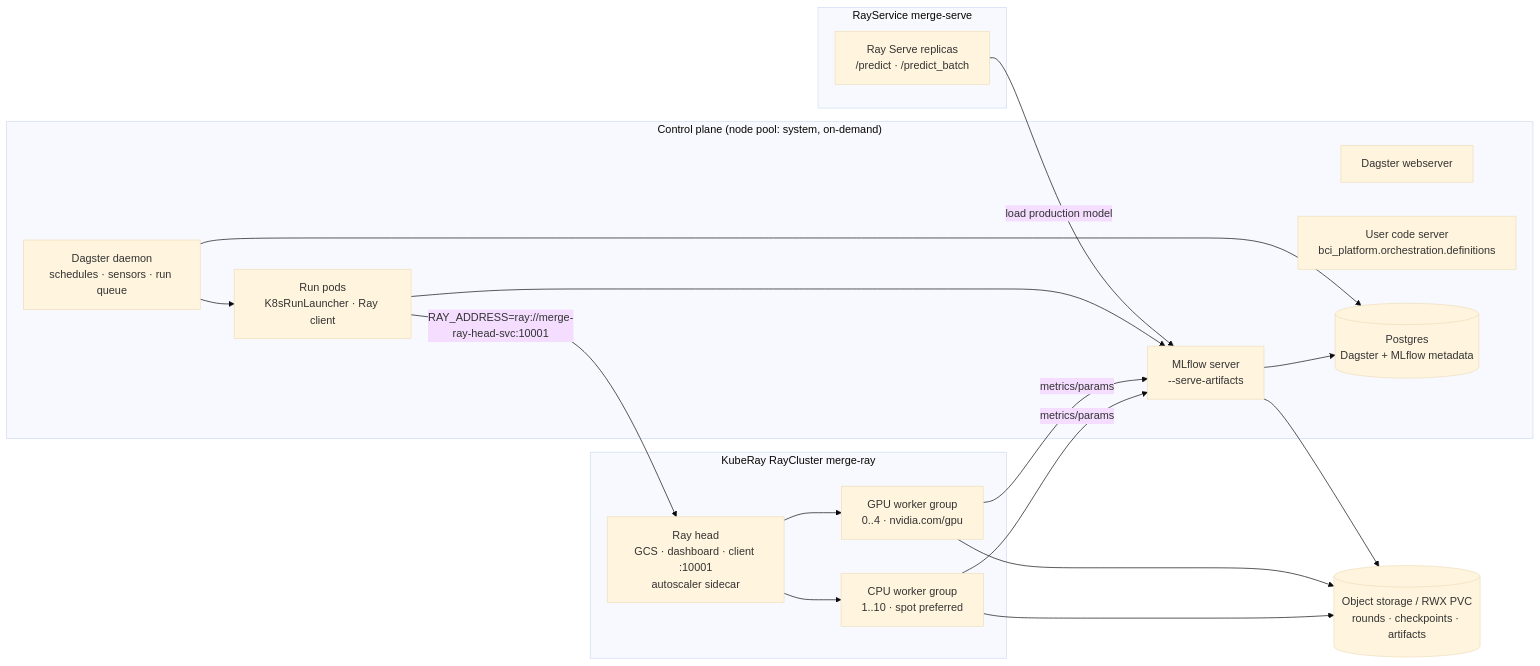
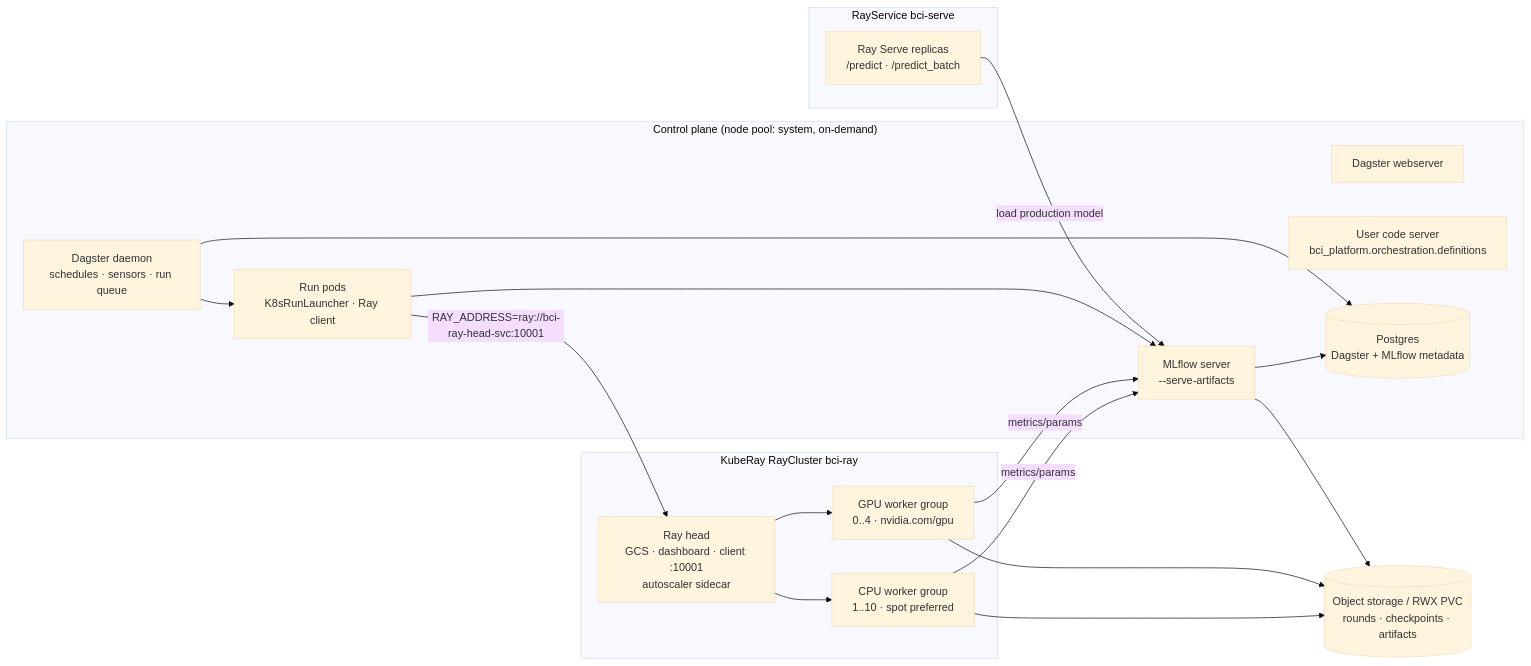
Before and after one commit to hyperscaleailabs/bci-launchpad: the diagram in infra/k8s/README.md, drawn with Mermaid (base theme). The commit also changed other lines of this file and 47 other files, not shown here.

Commit message:
Rename remaining merge-* identifiers to bci-*: env vars (BCI_*), MLflow experiment/model names, k8s namespace/labels/services, Dagster tags, metrics

````diff
--- a/infra/k8s/README.md
+++ b/infra/k8s/README.md
@@ -18,31 +18,31 @@
 ```mermaid
 flowchart LR
   subgraph CP["Control plane (node pool: system, on-demand)"]
     DW[Dagster webserver]
     DD[Dagster daemon<br/>schedules · sensors · run queue]
     UC[User code server<br/>bci_platform.orchestration.definitions]
     RP[Run pods<br/>K8sRunLauncher · Ray client]
     PG[(Postgres<br/>Dagster + MLflow metadata)]
     ML[MLflow server<br/>--serve-artifacts]
   end
-  subgraph RC["KubeRay RayCluster merge-ray"]
+  subgraph RC["KubeRay RayCluster bci-ray"]
     H[Ray head<br/>GCS · dashboard · client :10001<br/>autoscaler sidecar]
     CW[CPU worker group<br/>1..10 · spot preferred]
     GW[GPU worker group<br/>0..4 · nvidia.com/gpu]
   end
-  subgraph RS["RayService merge-serve"]
+  subgraph RS["RayService bci-serve"]
     SV[Ray Serve replicas<br/>/predict · /predict_batch]
   end
   OBJ[(Object storage / RWX PVC<br/>rounds · checkpoints · artifacts)]
 
   DD --> RP
-  RP -- "RAY_ADDRESS=ray://merge-ray-head-svc:10001" --> H
+  RP -- "RAY_ADDRESS=ray://bci-ray-head-svc:10001" --> H
   H --> CW & GW
   CW & GW -- metrics/params --> ML
   RP --> ML
   ML --> PG
   DD --> PG
   ML --> OBJ
   CW & GW --> OBJ
   SV -- load production model --> ML
 ```
````
